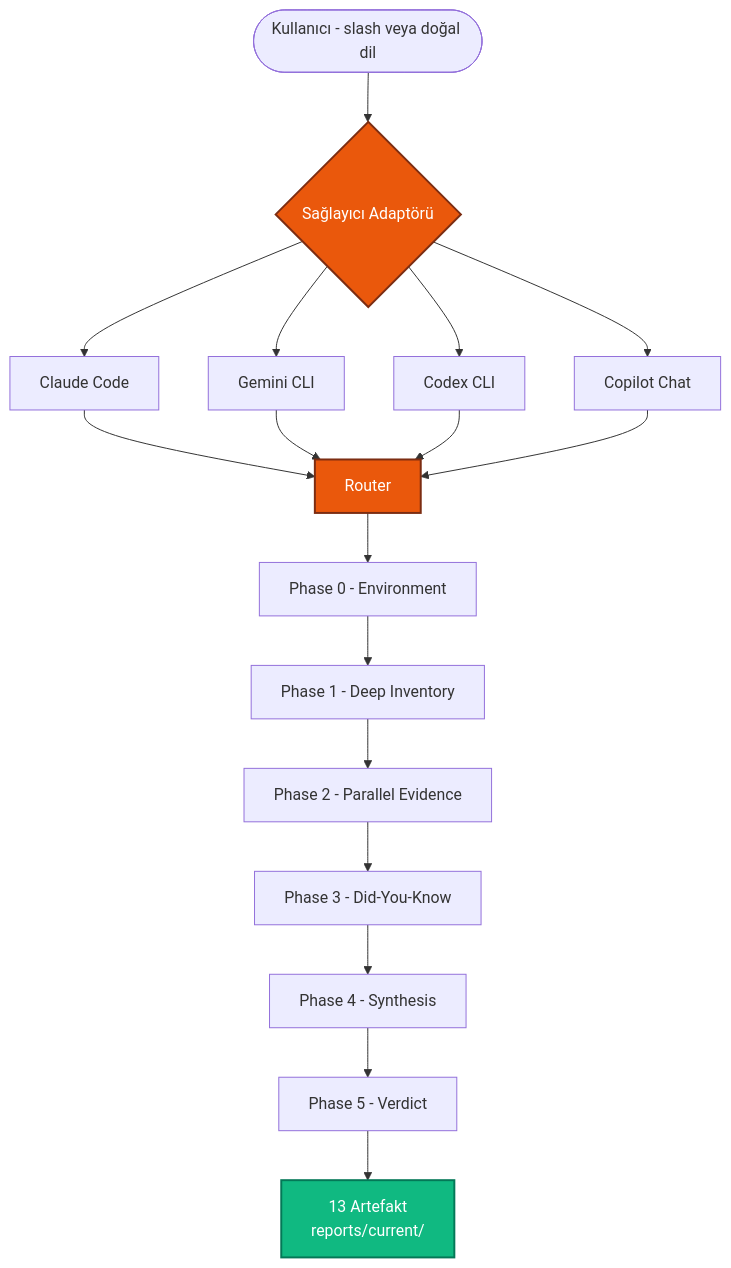
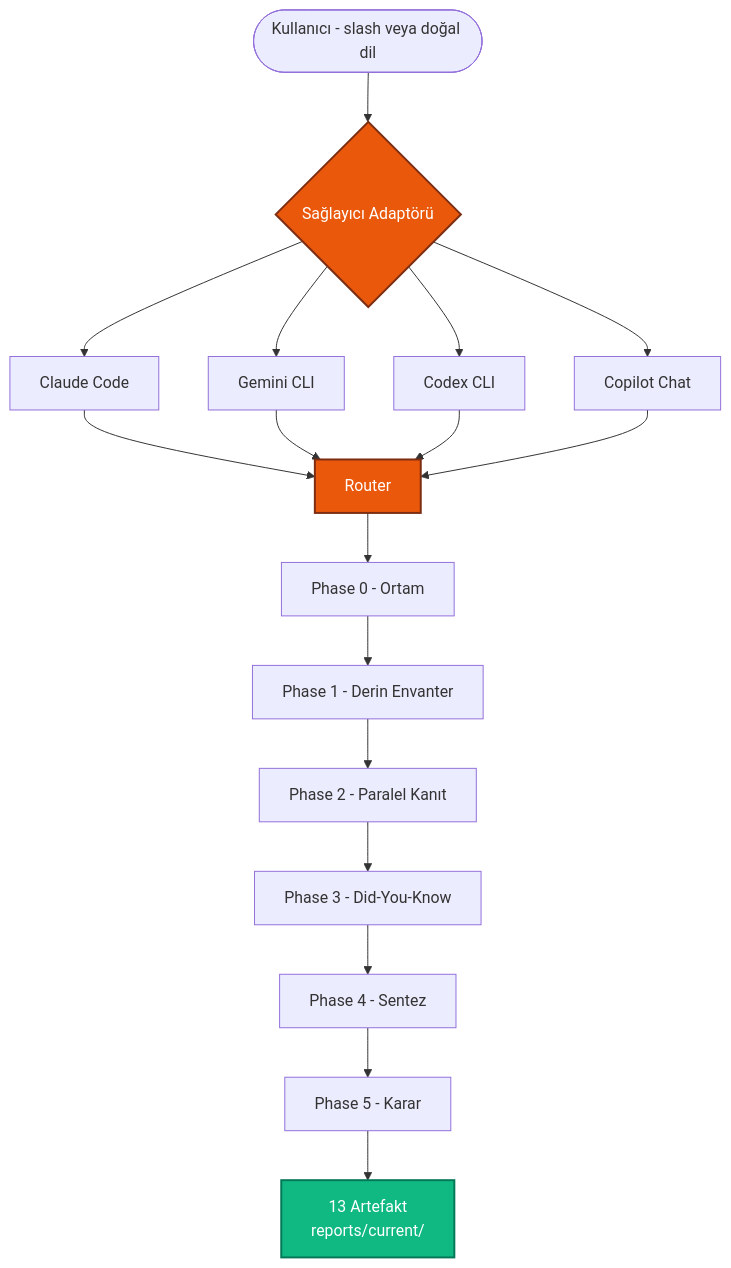
Before and after one commit to osrt91/ulak-os: the diagram in README.md, drawn with Mermaid. The commit also changed other lines of this file and 1 other file, not shown here.

First line of the commit message:
docs(readme): wider full-width tables + mermaid TR phase labels (#26)

````diff
--- a/README.md
+++ b/README.md
@@ -96,24 +96,24 @@
 ```mermaid
 flowchart TD
     U([Kullanıcı - slash veya doğal dil]) --> V{Sağlayıcı Adaptörü}
     V --> CC[Claude Code]
     V --> GM[Gemini CLI]
     V --> CX[Codex CLI]
     V --> CP[Copilot Chat]
     CC --> R[Router]
     GM --> R
     CX --> R
     CP --> R
-    R --> P0[Phase 0 - Environment]
-    P0 --> P1[Phase 1 - Deep Inventory]
-    P1 --> P2[Phase 2 - Parallel Evidence]
+    R --> P0[Phase 0 - Ortam]
+    P0 --> P1[Phase 1 - Derin Envanter]
+    P1 --> P2[Phase 2 - Paralel Kanıt]
     P2 --> P3[Phase 3 - Did-You-Know]
-    P3 --> P4[Phase 4 - Synthesis]
-    P4 --> P5[Phase 5 - Verdict]
+    P3 --> P4[Phase 4 - Sentez]
+    P4 --> P5[Phase 5 - Karar]
     P5 --> A[13 Artefakt<br/>reports/current/]
 
     classDef primary fill:#ea580c,stroke:#7c2d12,color:#fff,stroke-width:2px
     classDef accent fill:#10b981,stroke:#047857,color:#fff,stroke-width:2px
     class V,R primary
     class A accent
 ```
````
